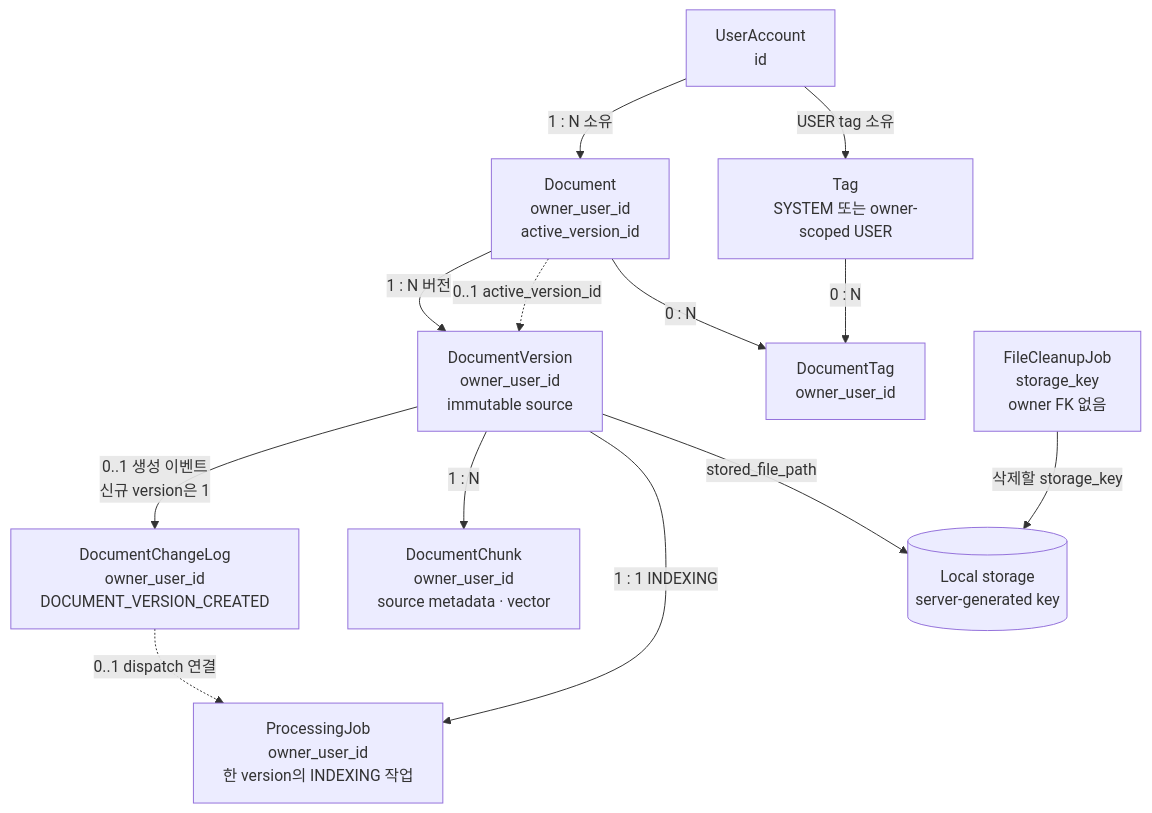
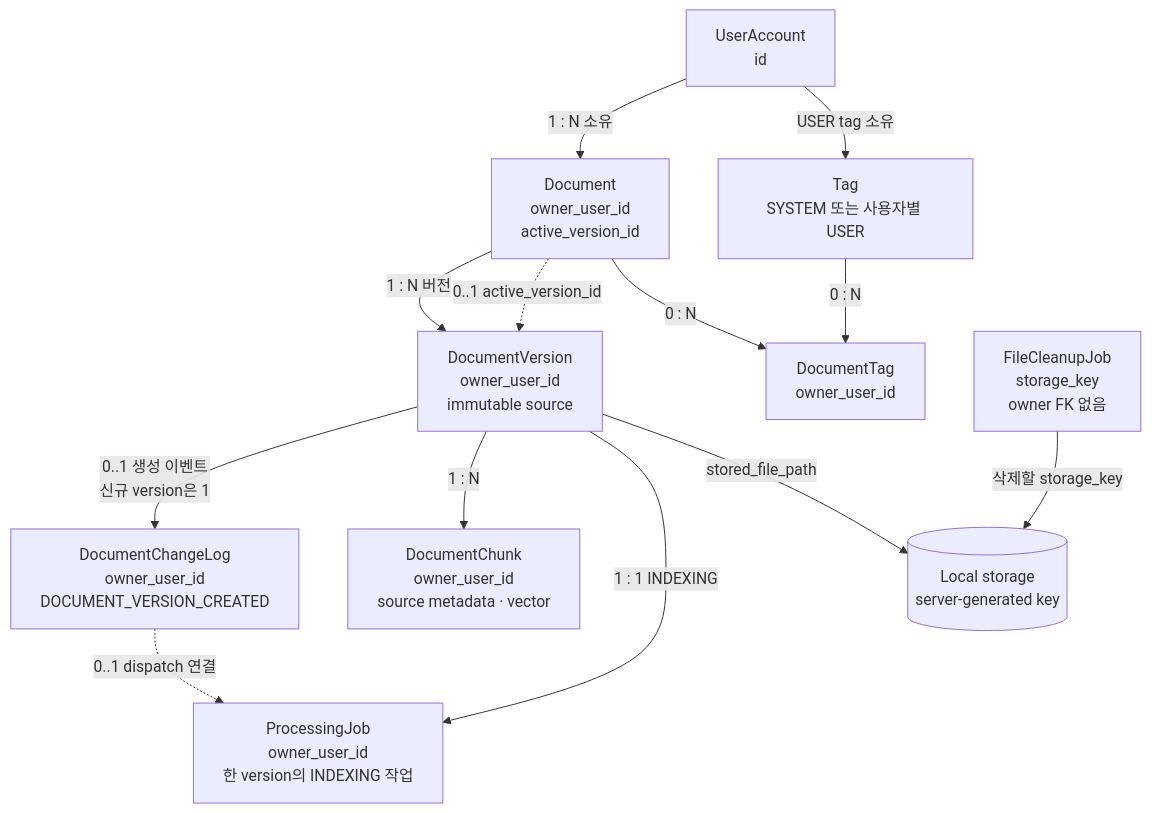
The fifth of 8 diagrams in docs/architecture.md (jaemin-devlog/PRIZM), drawn with Mermaid before and after one commit. The commit also changed other lines of this file and 10 other files, not shown here.

````diff
--- a/docs/architecture.md
+++ b/docs/architecture.md
@@ -355,26 +357,26 @@
 ```mermaid
 flowchart TD
     U["UserAccount<br/>id"]
     D["Document<br/>owner_user_id<br/>active_version_id"]
     V["DocumentVersion<br/>owner_user_id<br/>immutable source"]
     L["DocumentChangeLog<br/>owner_user_id<br/>DOCUMENT_VERSION_CREATED"]
     C["DocumentChunk<br/>owner_user_id<br/>source metadata · vector"]
     P["ProcessingJob<br/>owner_user_id<br/>한 version의 INDEXING 작업"]
-    T["Tag<br/>SYSTEM 또는 owner-scoped USER"]
+    T["Tag<br/>SYSTEM 또는 사용자별 USER"]
     DT["DocumentTag<br/>owner_user_id"]
     F["FileCleanupJob<br/>storage_key<br/>owner FK 없음"]
     S[("Local storage<br/>server-generated key")]
 
     U -->|"1 : N 소유"| D
     D -->|"1 : N 버전"| V
     D -.->|"0..1 active_version_id"| V
     V -->|"0..1 생성 이벤트<br/>신규 version은 1"| L
     L -.->|"0..1 dispatch 연결"| P
     V -->|"1 : N"| C
     V -->|"1 : 1 INDEXING"| P
     U -->|"USER tag 소유"| T
     D -->|"0 : N"| DT
     T -->|"0 : N"| DT
     V -->|"stored_file_path"| S
     F -->|"삭제할 storage_key"| S
 ```
````
